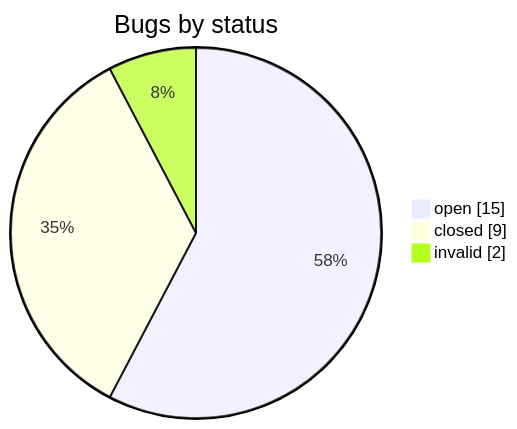
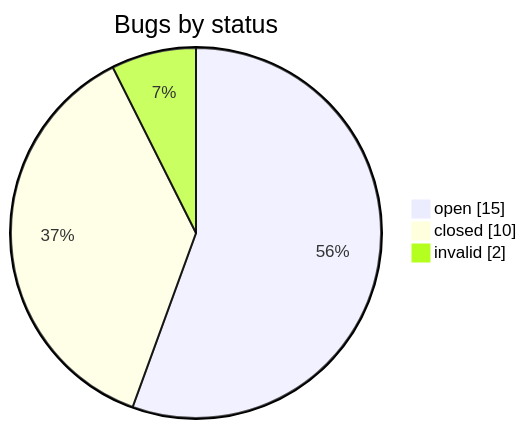
One commit to iammaxsu/automatic-testing-architecture changed the second of 2 diagrams in STATUS.md. Above: the diagram before and after it, drawn with Mermaid. The commit also changed other lines of this file and 4 other files, not shown here.

````diff
--- a/STATUS.md
+++ b/STATUS.md
@@ -163,6 +163,6 @@
 ```mermaid
 pie showData title Bugs by status
     "open" : 15
-    "closed" : 9
+    "closed" : 10
     "invalid" : 2
 ```
````
